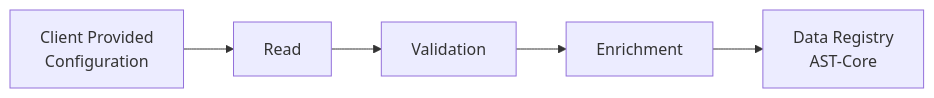
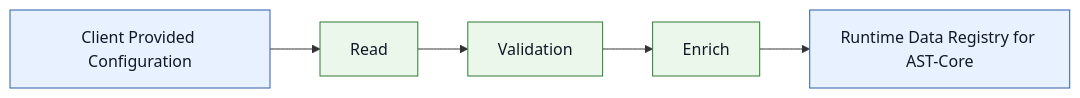
Before and after one commit to bcgov/automated-statusing-tool: the second of 7 diagrams in ast_engine/README.md, drawn with Mermaid. The commit also changed other lines of this file, not shown here.

Commit message:
Updated ast_engine README.md

````diff
--- a/ast_engine/README.md
+++ b/ast_engine/README.md
@@ -19,11 +163,16 @@
 ```mermaid
 flowchart LR
-
-    A["Client Provided<br/>Configuration"]
+    A[Client Provided Configuration]
     B[Read]
     C[Validation]
-    D[Enrichment]
-    E[Data Registry </br> AST-Core]
-    A --> B --> C
-    C --> D --> E
+    D[Enrich]
+    E[Runtime Data Registry for AST-Core]
+
+    A --> B --> C --> D --> E 
+
+    class A,E,F objectNode
+    class B,C,D processNode
+
+    classDef objectNode fill:#E8F1FF,stroke:#2F5DA8,stroke-width:1px,color:#111827
+    classDef processNode fill:#EAF7EA,stroke:#2E7D32,stroke-width:1px,color:#111827
 ```
````
